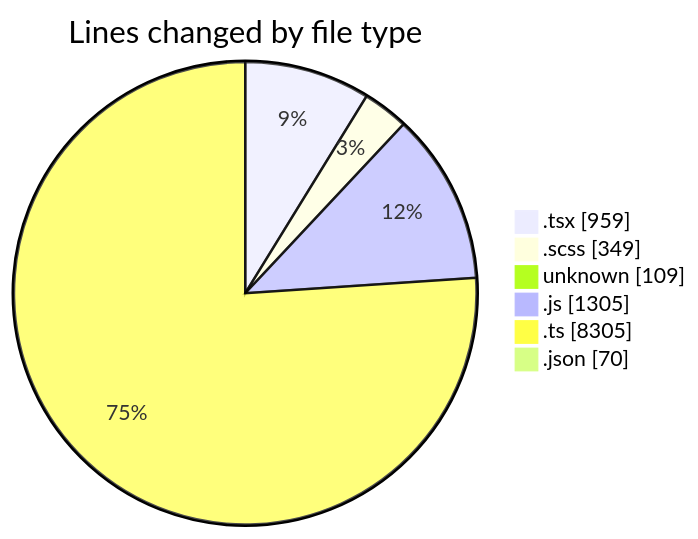
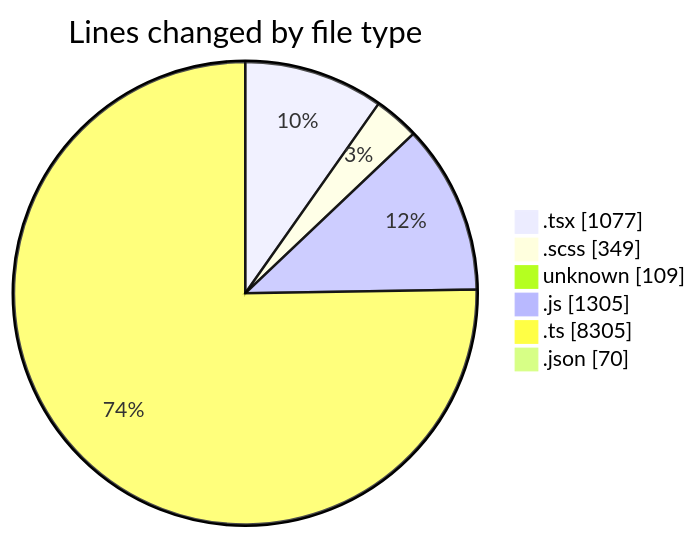
The first of 2 diagrams in 2026-04-16/cda/README.md (momahboobian/code-tracking), drawn with Mermaid before and after one commit. The commit also changed other lines of this file and 1 other file, not shown here.

````diff
--- a/2026-04-16/cda/README.md
+++ b/2026-04-16/cda/README.md
@@ -35,10 +37,10 @@
 ```mermaid
 pie showData
 title Lines changed by file type
-".tsx" : 959
+".tsx" : 1077
 ".scss" : 349
 "unknown" : 109
 ".js" : 1305
 ".ts" : 8305
 ".json" : 70
 ```
````
